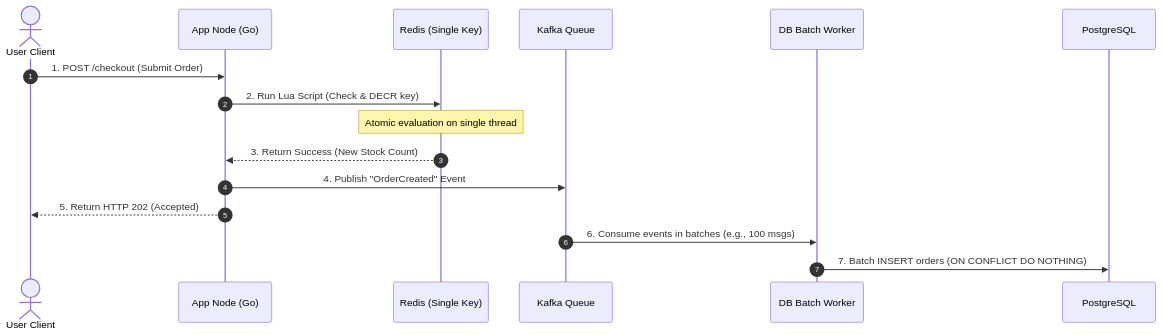
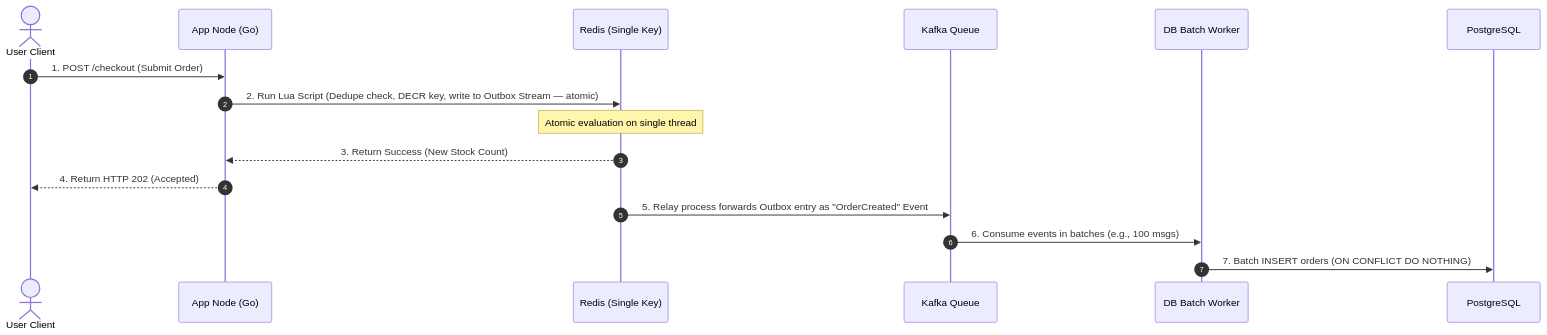
One commit to Chandra179/atlas changed the first of 2 diagrams in blog/astro/src/content/docs/flash-sale.md. Above: the diagram before and after it, drawn with Mermaid. The commit also changed other lines of this file and 9 other files, not shown here.

````diff
--- a/blog/astro/src/content/docs/flash-sale.md
+++ b/blog/astro/src/content/docs/flash-sale.md
@@ -47,19 +50,19 @@
 ```mermaid
 sequenceDiagram
     autonumber
     actor Client as User Client
     participant App as App Node (Go)
     participant Redis as Redis (Single Key)
     participant MQ as Kafka Queue
     participant Worker as DB Batch Worker
     participant DB as PostgreSQL
 
     Client->>App: 1. POST /checkout (Submit Order)
-    App->>Redis: 2. Run Lua Script (Check & DECR key)
+    App->>Redis: 2. Run Lua Script (Dedupe check, DECR key, write to Outbox Stream — atomic)
     Note over Redis: Atomic evaluation on single thread
     Redis-->>App: 3. Return Success (New Stock Count)
-    App->>MQ: 4. Publish "OrderCreated" Event
-    App-->>Client: 5. Return HTTP 202 (Accepted)
+    App-->>Client: 4. Return HTTP 202 (Accepted)
+    Redis->>MQ: 5. Relay process forwards Outbox entry as "OrderCreated" Event
     MQ->>Worker: 6. Consume events in batches (e.g., 100 msgs)
     Worker->>DB: 7. Batch INSERT orders (ON CONFLICT DO NOTHING)
 ```
````
